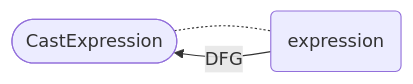
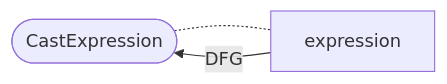
Before and after one commit to Fraunhofer-AISEC/cpg: the third of 28 diagrams in cpg-core/specifications/dfg.md, drawn with Mermaid. The commit also changed 2 other files, not shown here.

````diff
--- a/cpg-core/specifications/dfg.md
+++ b/cpg-core/specifications/dfg.md
@@ -49,5 +49,5 @@
 ```mermaid
   flowchart LR
-    node([CastExpression]) -.- expression(expression);
+    node([CastExpression]) -.- expression;
     expression -- DFG --> node;
   ```
````
